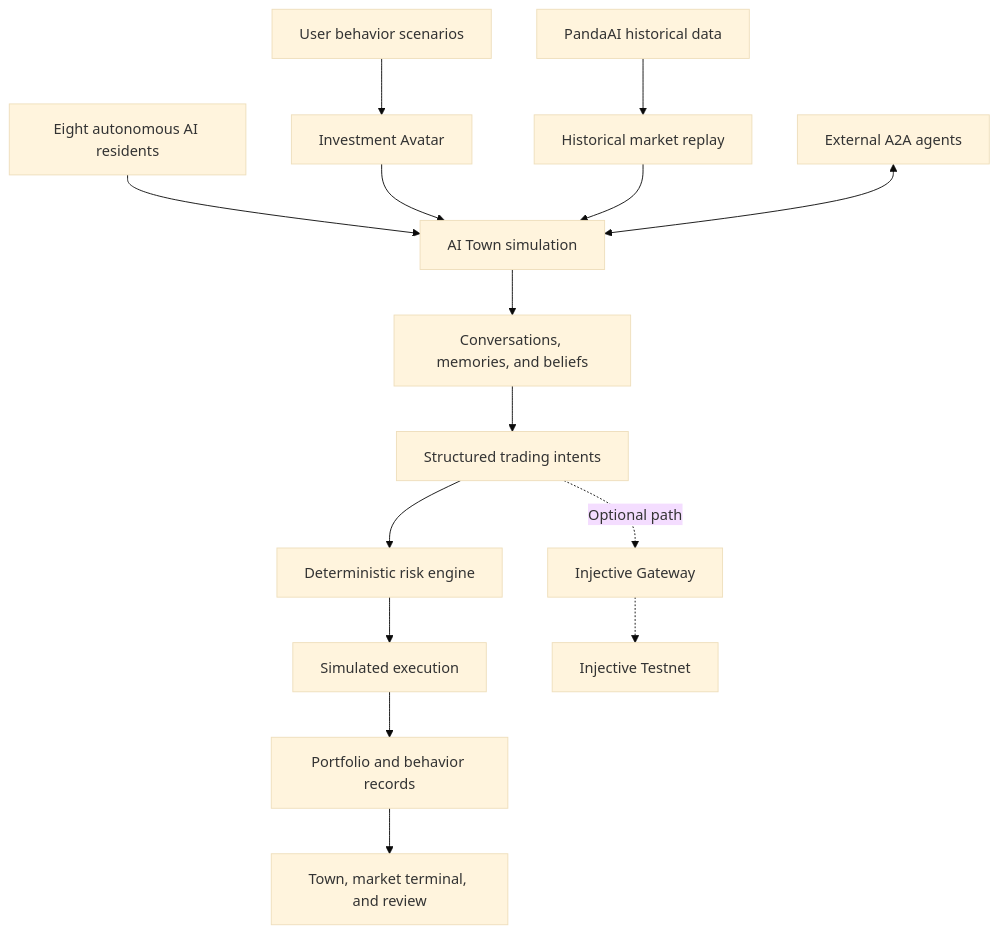
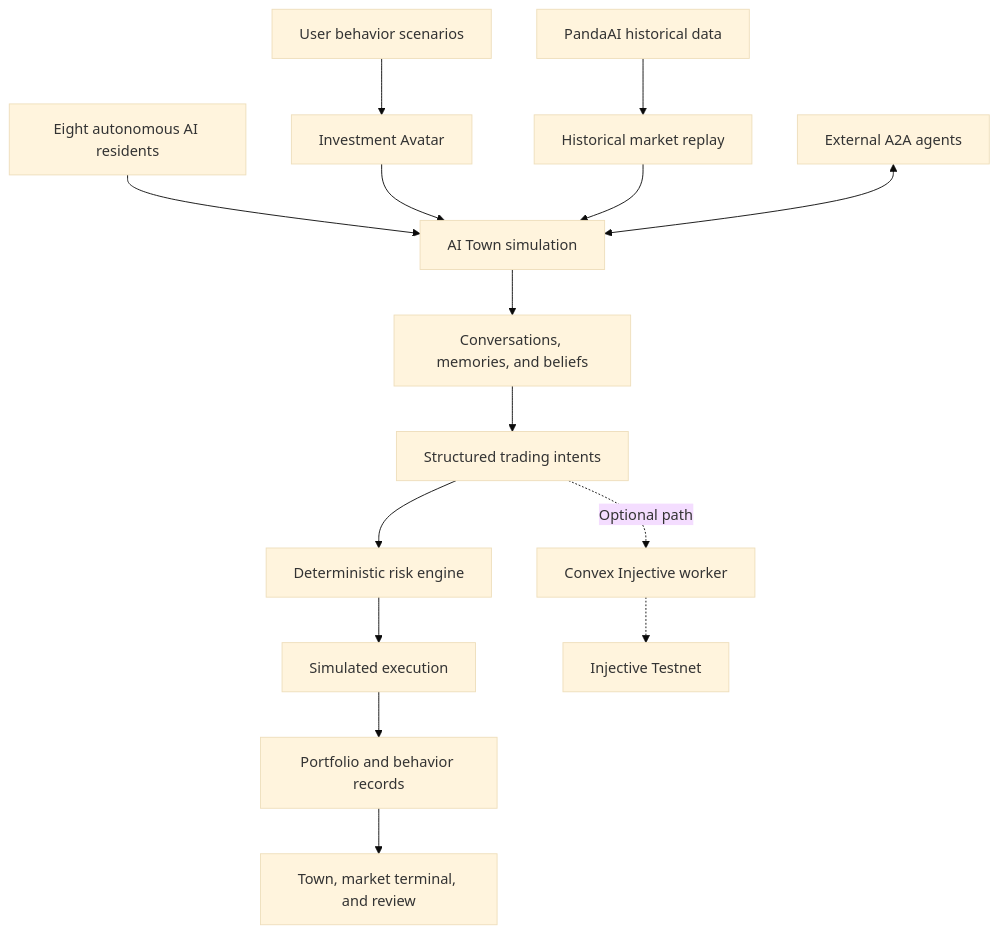
One commit to zonghaoyuan/trade-town changed the second of 2 diagrams in README.md. Above: the diagram before and after it, drawn with Mermaid (base theme). The commit also changed other lines of this file and 23 other files, not shown here.

Commit message:
feat: run Injective trading from Convex

````diff
--- a/README.md
+++ b/README.md
@@ -222,20 +213,20 @@
 ```mermaid
 flowchart TB
     Panda["PandaAI historical data"] --> Replay["Historical market replay"]
     User["User behavior scenarios"] --> Avatar["Investment Avatar"]
     Residents["Eight autonomous AI residents"] --> Simulation["AI Town simulation"]
     Avatar --> Simulation
     Replay --> Simulation
 
     Simulation --> Conversation["Conversations, memories, and beliefs"]
     Conversation --> Intent["Structured trading intents"]
     Intent --> Risk["Deterministic risk engine"]
     Risk --> Execution["Simulated execution"]
     Execution --> Portfolio["Portfolio and behavior records"]
     Portfolio --> UI["Town, market terminal, and review"]
 
     A2A["External A2A agents"] <--> Simulation
 
-    Intent -. "Optional path" .-> Gateway["Injective Gateway"]
-    Gateway -.-> Testnet["Injective Testnet"]
+    Intent -. "Optional path" .-> Worker["Convex Injective worker"]
+    Worker -.-> Testnet["Injective Testnet"]
 ```
````
